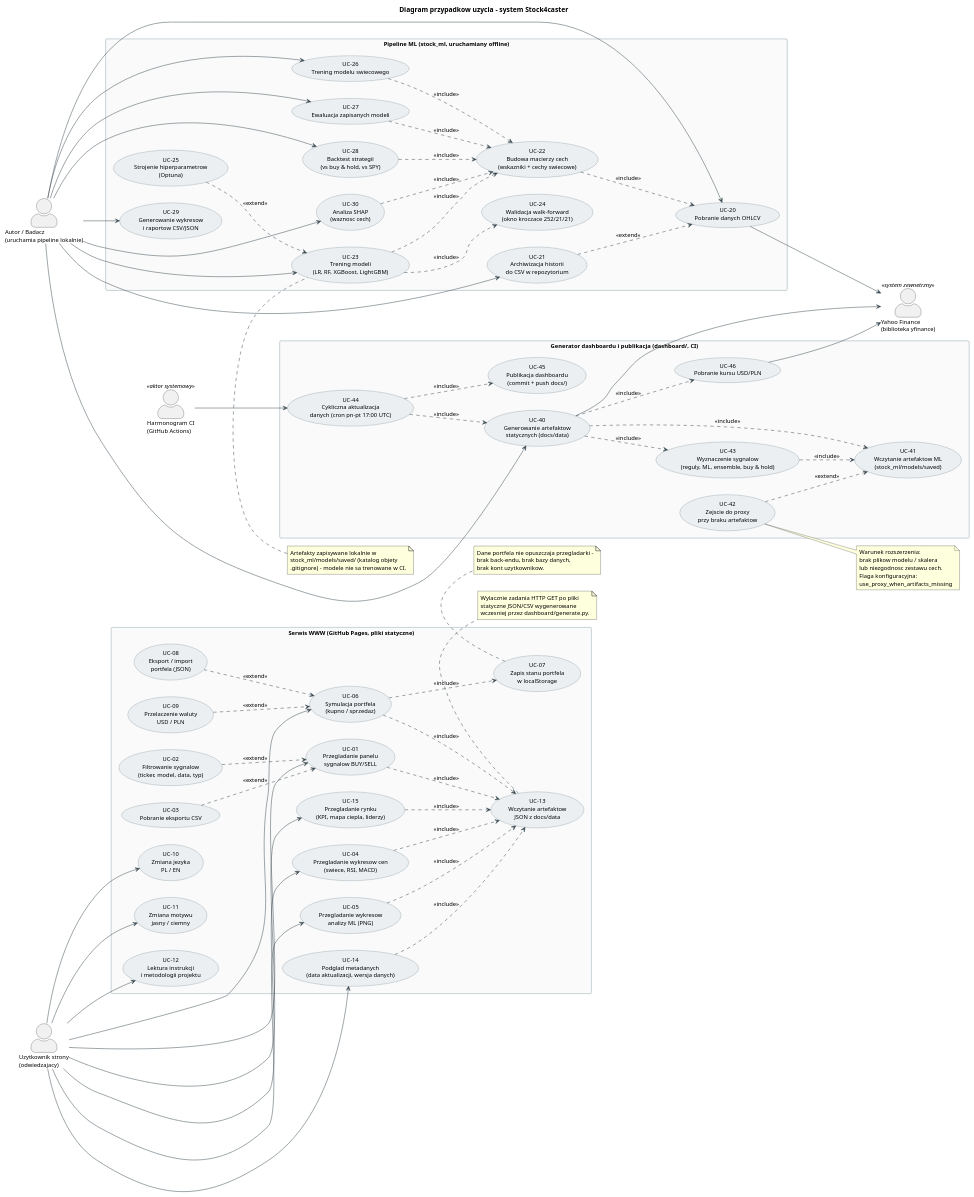
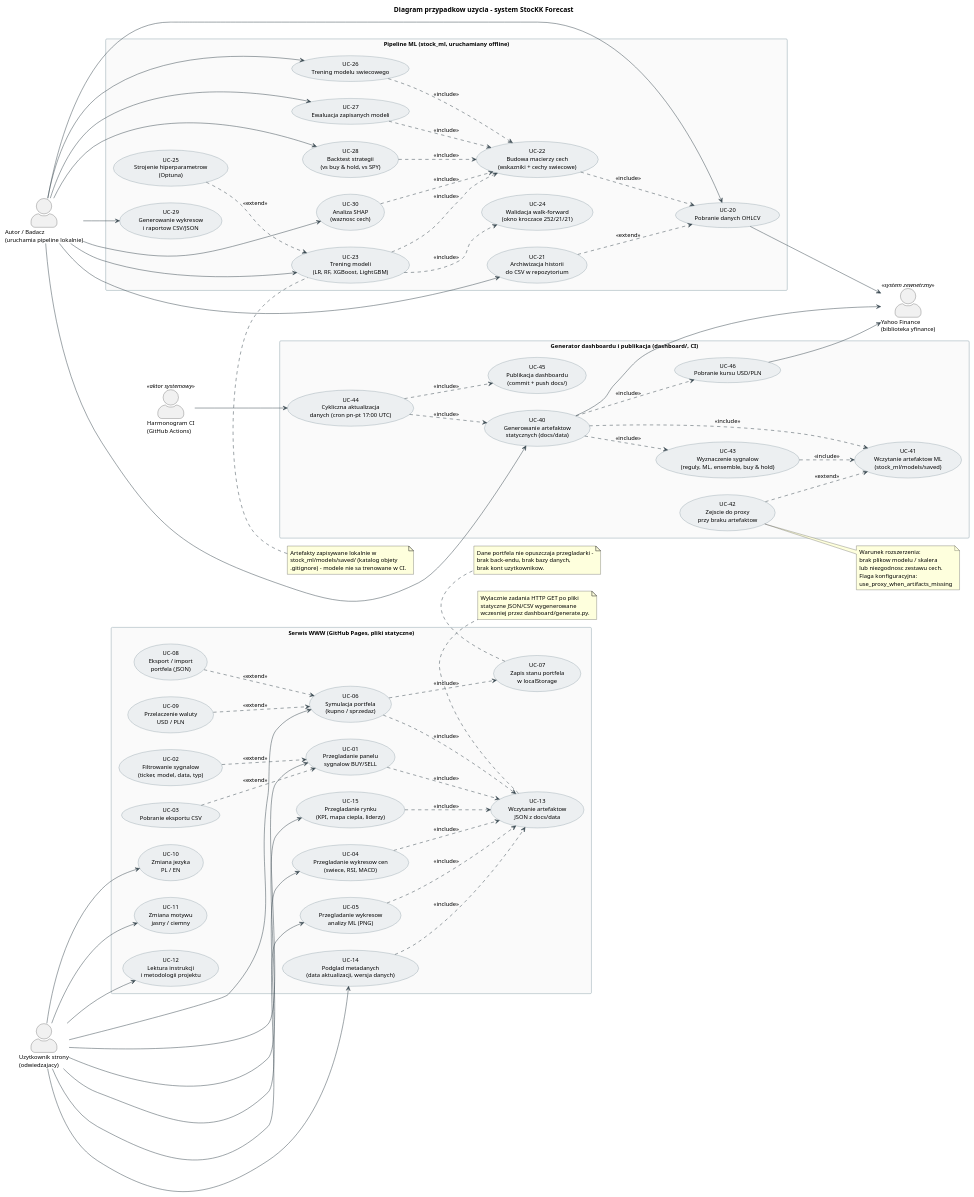
Before and after one commit to K4j745/stock: the diagram in docs/engineering/uml_use_case.puml, drawn with PlantUML. The commit also changed 17 other files, not shown here.

First line of the commit message:
chore: rename project Stock4caster -> StocKK Forecast

```diff
--- a/docs/engineering/uml_use_case.puml
+++ b/docs/engineering/uml_use_case.puml
@@ -1,170 +1,170 @@
 @startuml uml_use_case
 ' ---------------------------------------------------------------------------
-' Diagram przypadkow uzycia - Stock4caster
+' Diagram przypadkow uzycia - StocKK Forecast
 ' Praca inzynierska: "Prognozowanie krotkoterminowych zmian cen akcji
 ' gieldowych z wykorzystaniem metod uczenia maszynowego oraz symulacja
 ' strategii inwestycyjnej"
 ' Autor: Kajetan Kaczynski, Uniwersytet Przyrodniczy w Poznaniu
 ' ---------------------------------------------------------------------------
 ' Render:  plantuml -tsvg docs/engineering/uml_use_case.puml
 ' ---------------------------------------------------------------------------
 
 left to right direction
 skinparam backgroundColor #FFFFFF
 skinparam shadowing false
 skinparam defaultFontName "Segoe UI"
 skinparam defaultFontSize 12
 skinparam ArrowColor #37474F
 skinparam actorStyle awesome
 skinparam usecase {
   BackgroundColor #ECEFF1
   BorderColor #546E7A
   ArrowColor #37474F
 }
 skinparam rectangle {
   BackgroundColor #FAFAFA
   BorderColor #90A4AE
 }
 
-title Diagram przypadkow uzycia - system Stock4caster
+title Diagram przypadkow uzycia - system StocKK Forecast
 
 ' --- Aktorzy -----------------------------------------------------------------
 actor "Uzytkownik strony\n(odwiedzajacy)" as Uzytkownik
 actor "Autor / Badacz\n(uruchamia pipeline lokalnie)" as Badacz
 actor "Harmonogram CI\n(GitHub Actions)" as CI << aktor systemowy >>
 actor "Yahoo Finance\n(biblioteka yfinance)" as YF << system zewnetrzny >>
 
 ' --- Granica 1: statyczny serwis WWW -----------------------------------------
 rectangle "Serwis WWW (GitHub Pages, pliki statyczne)" as WWW {
   usecase "UC-01\nPrzegladanie panelu\nsygnalow BUY/SELL" as UC01
   usecase "UC-02\nFiltrowanie sygnalow\n(ticker, model, data, typ)" as UC02
   usecase "UC-03\nPobranie eksportu CSV" as UC03
   usecase "UC-04\nPrzegladanie wykresow cen\n(swiece, RSI, MACD)" as UC04
   usecase "UC-05\nPrzegladanie wykresow\nanalizy ML (PNG)" as UC05
   usecase "UC-06\nSymulacja portfela\n(kupno / sprzedaz)" as UC06
   usecase "UC-07\nZapis stanu portfela\nw localStorage" as UC07
   usecase "UC-08\nEksport / import\nportfela (JSON)" as UC08
   usecase "UC-09\nPrzelaczenie waluty\nUSD / PLN" as UC09
   usecase "UC-10\nZmiana jezyka\nPL / EN" as UC10
   usecase "UC-11\nZmiana motywu\njasny / ciemny" as UC11
   usecase "UC-12\nLektura instrukcji\ni metodologii projektu" as UC12
   usecase "UC-13\nWczytanie artefaktow\nJSON z docs/data" as UC13
   usecase "UC-14\nPodglad metadanych\n(data aktualizacji, wersja danych)" as UC14
   usecase "UC-15\nPrzegladanie rynku\n(KPI, mapa ciepla, liderzy)" as UC15
 }
 
 ' --- Granica 2: pipeline ML uruchamiany lokalnie ------------------------------
 rectangle "Pipeline ML (stock_ml, uruchamiany offline)" as ML {
   usecase "UC-20\nPobranie danych OHLCV" as UC20
   usecase "UC-21\nArchiwizacja historii\ndo CSV w repozytorium" as UC21
   usecase "UC-22\nBudowa macierzy cech\n(wskazniki + cechy swiecowe)" as UC22
   usecase "UC-23\nTrening modeli\n(LR, RF, XGBoost, LightGBM)" as UC23
   usecase "UC-24\nWalidacja walk-forward\n(okno kroczace 252/21/21)" as UC24
   usecase "UC-25\nStrojenie hiperparametrow\n(Optuna)" as UC25
   usecase "UC-26\nTrening modelu swiecowego" as UC26
   usecase "UC-27\nEwaluacja zapisanych modeli" as UC27
   usecase "UC-28\nBacktest strategii\n(vs buy & hold, vs SPY)" as UC28
   usecase "UC-29\nGenerowanie wykresow\ni raportow CSV/JSON" as UC29
   usecase "UC-30\nAnaliza SHAP\n(waznosc cech)" as UC30
 }
 
 ' --- Granica 3: generator dashboardu i publikacja -----------------------------
 rectangle "Generator dashboardu i publikacja (dashboard/, CI)" as GEN {
   usecase "UC-40\nGenerowanie artefaktow\nstatycznych (docs/data)" as UC40
   usecase "UC-41\nWczytanie artefaktow ML\n(stock_ml/models/saved)" as UC41
   usecase "UC-42\nZejscie do proxy\nprzy braku artefaktow" as UC42
   usecase "UC-43\nWyznaczenie sygnalow\n(reguly, ML, ensemble, buy & hold)" as UC43
   usecase "UC-44\nCykliczna aktualizacja\ndanych (cron pn-pt 17:00 UTC)" as UC44
   usecase "UC-45\nPublikacja dashboardu\n(commit + push docs/)" as UC45
   usecase "UC-46\nPobranie kursu USD/PLN" as UC46
 }
 
 ' --- Powiazania aktorow: uzytkownik strony ------------------------------------
 Uzytkownik --> UC15
 Uzytkownik --> UC01
 Uzytkownik --> UC04
 Uzytkownik --> UC05
 Uzytkownik --> UC06
 Uzytkownik --> UC10
 Uzytkownik --> UC11
 Uzytkownik --> UC12
 Uzytkownik --> UC14
 
 ' --- Powiazania aktorow: badacz ------------------------------------------------
 Badacz --> UC20
 Badacz --> UC21
 Badacz --> UC23
 Badacz --> UC26
 Badacz --> UC27
 Badacz --> UC28
 Badacz --> UC29
 Badacz --> UC30
 Badacz --> UC40
 
 ' --- Powiazania aktorow: CI i system zewnetrzny --------------------------------
 CI --> UC44
 UC20 --> YF
 UC40 --> YF
 UC46 --> YF
 
 ' --- Relacje <<include>> -------------------------------------------------------
 UC15 ..> UC13 : <<include>>
 UC01 ..> UC13 : <<include>>
 UC04 ..> UC13 : <<include>>
 UC05 ..> UC13 : <<include>>
 UC06 ..> UC13 : <<include>>
 UC06 ..> UC07 : <<include>>
 UC14 ..> UC13 : <<include>>
 
 UC23 ..> UC22 : <<include>>
 UC23 ..> UC24 : <<include>>
 UC26 ..> UC22 : <<include>>
 UC22 ..> UC20 : <<include>>
 UC27 ..> UC22 : <<include>>
 UC28 ..> UC22 : <<include>>
 UC30 ..> UC22 : <<include>>
 
 UC40 ..> UC43 : <<include>>
 UC40 ..> UC41 : <<include>>
 UC40 ..> UC46 : <<include>>
 UC43 ..> UC41 : <<include>>
 UC44 ..> UC40 : <<include>>
 UC44 ..> UC45 : <<include>>
 
 ' --- Relacje <<extend>> --------------------------------------------------------
 UC02 ..> UC01 : <<extend>>
 UC03 ..> UC01 : <<extend>>
 UC08 ..> UC06 : <<extend>>
 UC09 ..> UC06 : <<extend>>
 UC25 ..> UC23 : <<extend>>
 UC42 ..> UC41 : <<extend>>
 UC21 ..> UC20 : <<extend>>
 
 ' --- Notatki -------------------------------------------------------------------
 note right of UC42
   Warunek rozszerzenia:
   brak plikow modelu / skalera
   lub niezgodnosc zestawu cech.
   Flaga konfiguracyjna:
   use_proxy_when_artifacts_missing
 end note
 
 note bottom of UC07
   Dane portfela nie opuszczaja przegladarki -
   brak back-endu, brak bazy danych,
   brak kont uzytkownikow.
 end note
 
 note bottom of UC13
   Wylacznie zadania HTTP GET po pliki
   statyczne JSON/CSV wygenerowane
   wczesniej przez dashboard/generate.py.
 end note
 
 note top of UC23
   Artefakty zapisywane lokalnie w
   stock_ml/models/saved/ (katalog objety
   .gitignore) - modele nie sa trenowane w CI.
 end note
 
 @enduml
```
